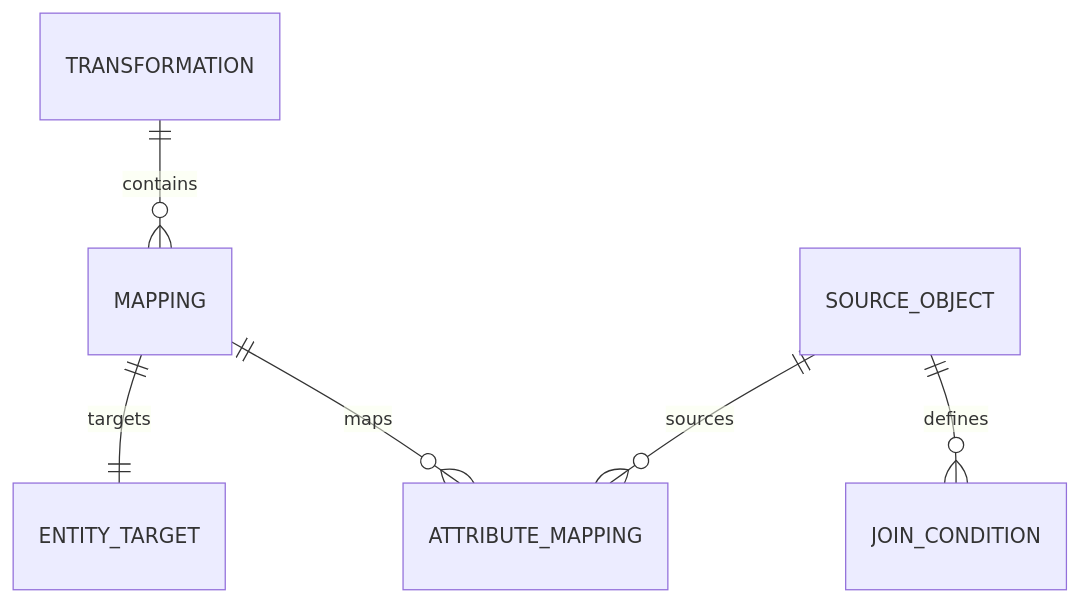
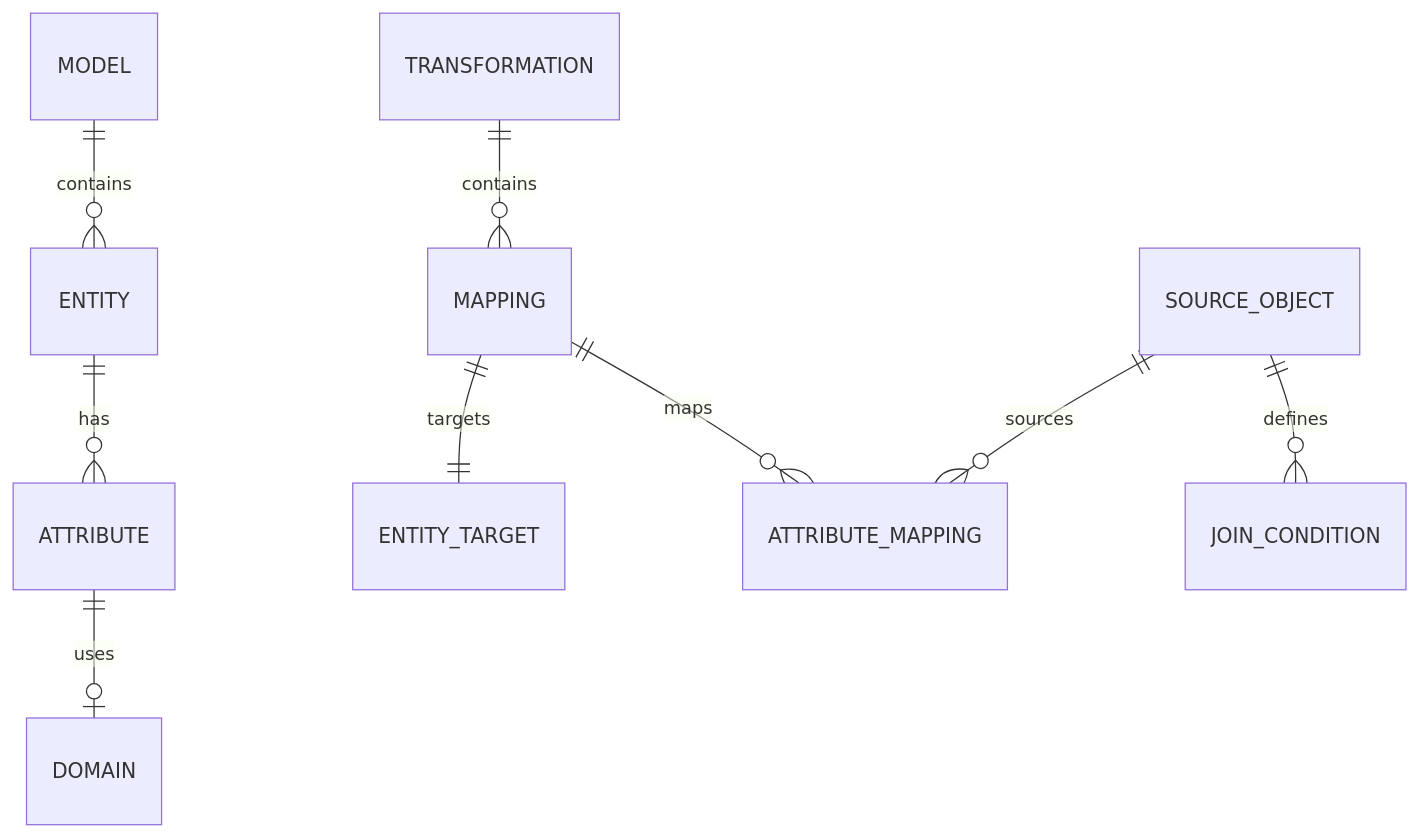
The first of 4 diagrams in docs/Model_Extractor.md (mark-me/etl_templates), drawn with Mermaid before and after one commit. The commit also changed other lines of this file, not shown here.

Commit message:
Combined Diagrams

````diff
--- a/docs/Model_Extractor.md
+++ b/docs/Model_Extractor.md
@@ -24,8 +15,11 @@
 ```mermaid
 erDiagram
+    MODEL ||--o{ ENTITY : contains
+    ENTITY ||--o{ ATTRIBUTE : has
+    ATTRIBUTE ||--o| DOMAIN : uses
     TRANSFORMATION ||--o{ MAPPING : contains
     MAPPING ||--|| ENTITY_TARGET : targets
     SOURCE_OBJECT ||--o{ ATTRIBUTE_MAPPING : sources
     SOURCE_OBJECT ||--o{ JOIN_CONDITION : defines
     MAPPING ||--o{ ATTRIBUTE_MAPPING : maps
 ```
````
